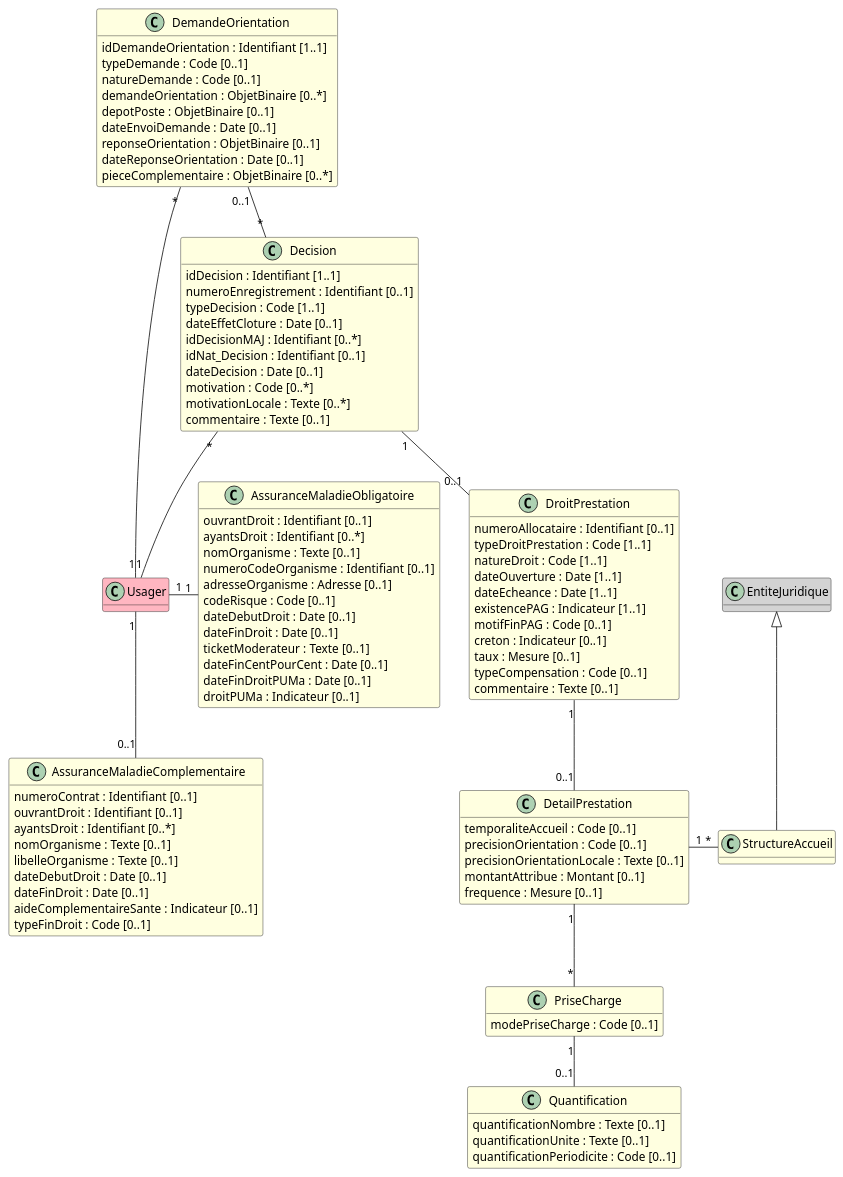
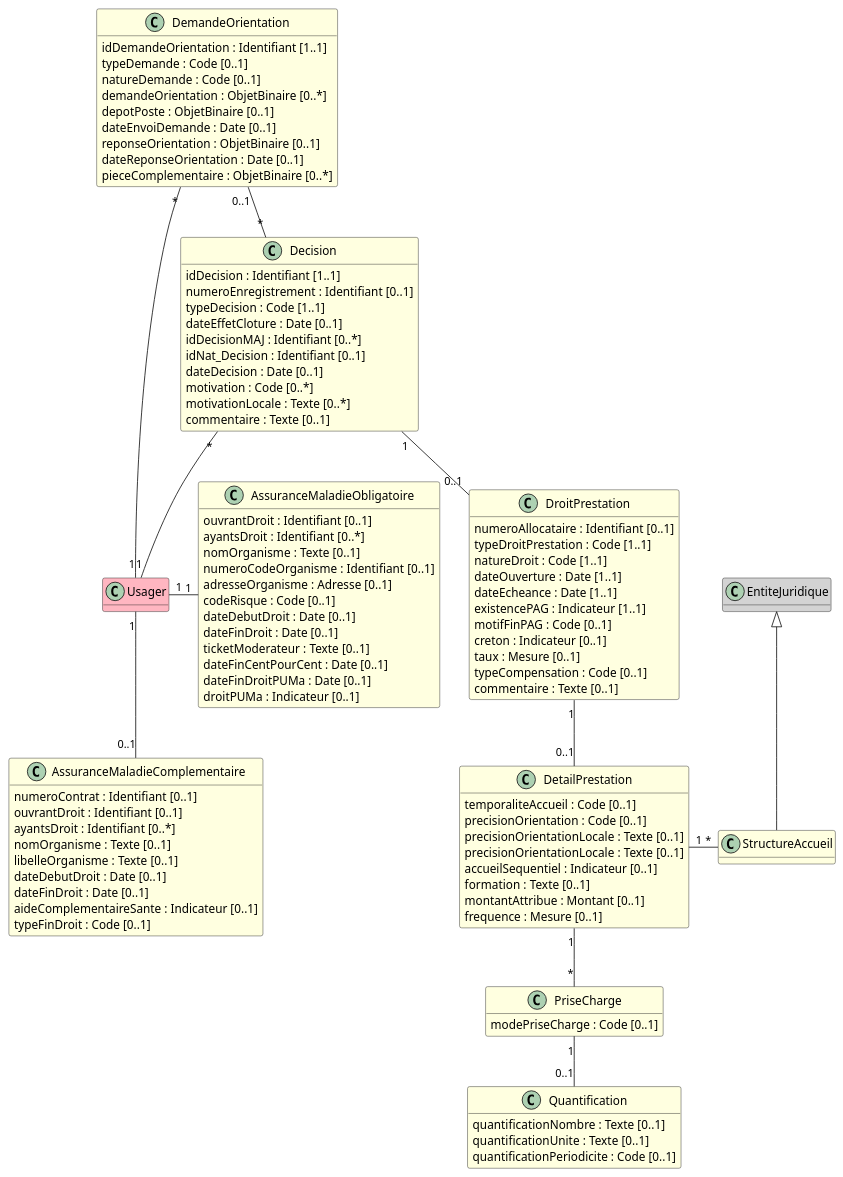
The diagram in input/images-source/bloc_droits_sociaux_sante.plantuml (ansforge/IG-fhir-medicosocial-transfert-donnees-dui), drawn with PlantUML before and after one commit. The commit also changed 1 other file, not shown here.

```diff
--- a/input/images-source/bloc_droits_sociaux_sante.plantuml
+++ b/input/images-source/bloc_droits_sociaux_sante.plantuml
@@ -1,110 +1,113 @@
 @startuml
 
 hide empty methods
 
 class Usager #LightPink
 
 class EntiteJuridique #LightGray
 class StructureAccueil #LightYellow
 
 class AssuranceMaladieComplementaire #LightYellow {
     numeroContrat : Identifiant [0..1]
     ouvrantDroit : Identifiant [0..1]
     ayantsDroit : Identifiant [0..*]
     nomOrganisme : Texte [0..1]
     libelleOrganisme : Texte [0..1]
     dateDebutDroit : Date [0..1]
     dateFinDroit : Date [0..1]
     aideComplementaireSante : Indicateur [0..1]
     typeFinDroit : Code [0..1]
 
 }
 
 class AssuranceMaladieObligatoire #LightYellow {
     ouvrantDroit : Identifiant [0..1]
     ayantsDroit : Identifiant [0..*]
     nomOrganisme : Texte [0..1]
     numeroCodeOrganisme : Identifiant [0..1]
     adresseOrganisme : Adresse [0..1]
     codeRisque : Code [0..1]
     dateDebutDroit : Date [0..1]
     dateFinDroit : Date [0..1]
     ticketModerateur : Texte [0..1]
     dateFinCentPourCent : Date [0..1]
     dateFinDroitPUMa : Date [0..1]
     droitPUMa : Indicateur [0..1]
 }
 
 class DemandeOrientation #LightYellow {
     idDemandeOrientation : Identifiant [1..1]
     typeDemande : Code [0..1] 
     natureDemande : Code [0..1] 
     demandeOrientation : ObjetBinaire [0..*]
     depotPoste : ObjetBinaire [0..1]
     dateEnvoiDemande : Date [0..1]
     reponseOrientation : ObjetBinaire [0..1]
     dateReponseOrientation : Date [0..1]
     pieceComplementaire : ObjetBinaire [0..*]
 }
 
 class Decision #LightYellow {
     idDecision : Identifiant [1..1]
     numeroEnregistrement : Identifiant [0..1]
     typeDecision : Code [1..1]
     dateEffetCloture : Date [0..1]
     idDecisionMAJ : Identifiant [0..*]
     idNat_Decision : Identifiant [0..1]
     dateDecision : Date [0..1]
     motivation : Code [0..*]
     motivationLocale : Texte [0..*]
     commentaire : Texte [0..1]
 }
 
 class DroitPrestation #LightYellow {
     numeroAllocataire : Identifiant [0..1]
     typeDroitPrestation : Code [1..1]
     natureDroit : Code [1..1]
     dateOuverture : Date [1..1]
     dateEcheance : Date [1..1]
     existencePAG : Indicateur [1..1]
     motifFinPAG : Code [0..1]
     creton : Indicateur [0..1]
     taux : Mesure [0..1] 
     typeCompensation : Code [0..1]
     commentaire : Texte [0..1]
 }
 
 class DetailPrestation #LightYellow {
     temporaliteAccueil : Code [0..1]
     precisionOrientation : Code [0..1]
     precisionOrientationLocale : Texte [0..1]
+    precisionOrientationLocale : Texte [0..1]
+    accueilSequentiel : Indicateur [0..1]
+    formation : Texte [0..1]
     montantAttribue : Montant [0..1]
     frequence : Mesure [0..1]
 }
 
 class PriseCharge #LightYellow {
     modePriseCharge : Code [0..1]
 }
 
 class Quantification #LightYellow {
     quantificationNombre : Texte [0..1]
     quantificationUnite : Texte [0..1]
     quantificationPeriodicite : Code [0..1]
 }
 
 Decision "*" -- "1" Usager
 DemandeOrientation "*" - "1" Usager
 
 DemandeOrientation "0..1" -- "*" Decision
 
 Decision "1" -- "0..1" DroitPrestation
 
 DroitPrestation "1" -- "0..1" DetailPrestation
 EntiteJuridique <|-- StructureAccueil
 DetailPrestation "1" - "*" StructureAccueil
 DetailPrestation "1" -- "*" PriseCharge
 PriseCharge "1" -- "0..1" Quantification
 
 Usager "1" -- "0..1"  AssuranceMaladieComplementaire
 Usager "1" - "1" AssuranceMaladieObligatoire
 @enduml
```
